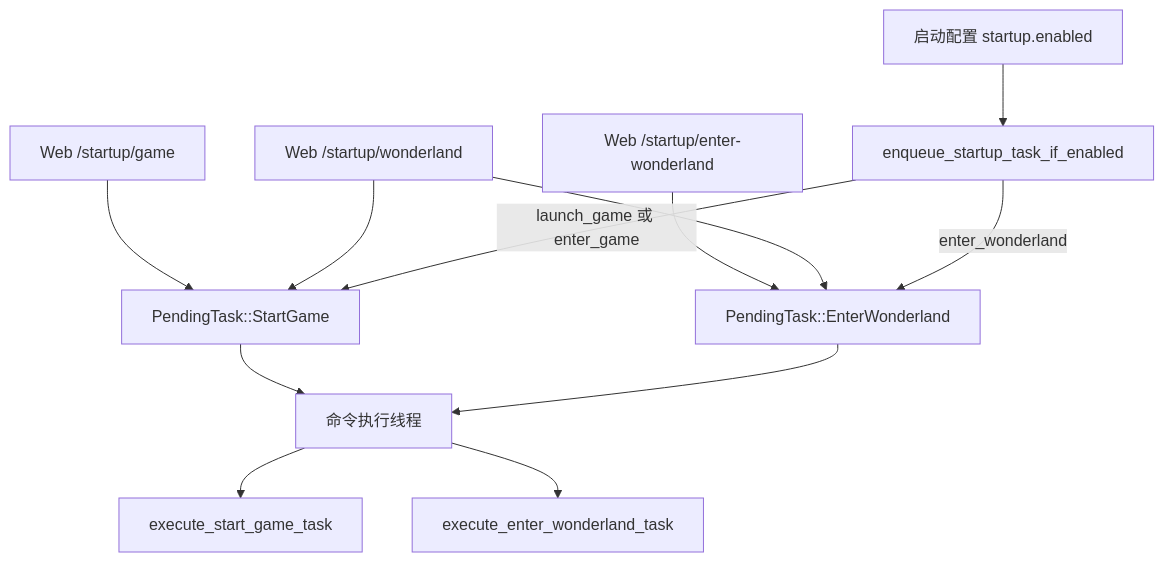
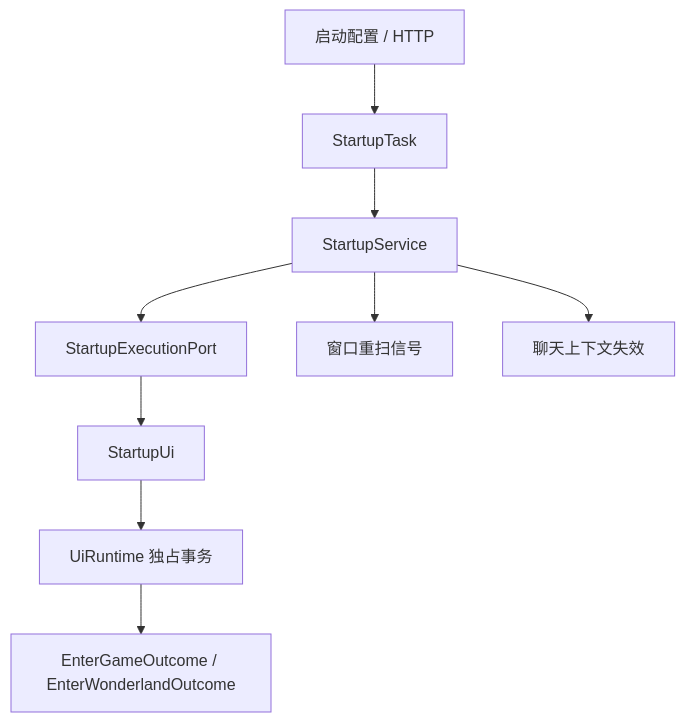
The diagram in docs/startup-wonderland-flow.md (XingNian-www/Miliastra-Wonderland-Music), drawn with Mermaid before and after one commit. The commit also changed other lines of this file and 105 other files, not shown here.

Commit message:
refactor: finish v2 architecture migration

````diff
--- a/docs/startup-wonderland-flow.md
+++ b/docs/startup-wonderland-flow.md
@@ -12,14 +12,11 @@
 ```mermaid
 flowchart TD
-    A["启动配置 startup.enabled"] --> B["enqueue_startup_task_if_enabled"]
-    C["Web /startup/game"] --> D["PendingTask::StartGame"]
-    E["Web /startup/enter-wonderland"] --> F["PendingTask::EnterWonderland"]
-    G["Web /startup/wonderland"] --> D
-    G --> F
-    B -->|launch_game 或 enter_game| D
-    B -->|enter_wonderland| F
-    D --> H["命令执行线程"]
-    F --> H
-    H --> I["execute_start_game_task"]
-    H --> J["execute_enter_wonderland_task"]
+    A["启动配置 / HTTP"] --> B["StartupTask"]
+    B --> C["StartupService"]
+    C --> D["StartupExecutionPort"]
+    D --> E["StartupUi"]
+    E --> F["UiRuntime 独占事务"]
+    F --> G["EnterGameOutcome / EnterWonderlandOutcome"]
+    C --> H["窗口重扫信号"]
+    C --> I["聊天上下文失效"]
 ```
````
